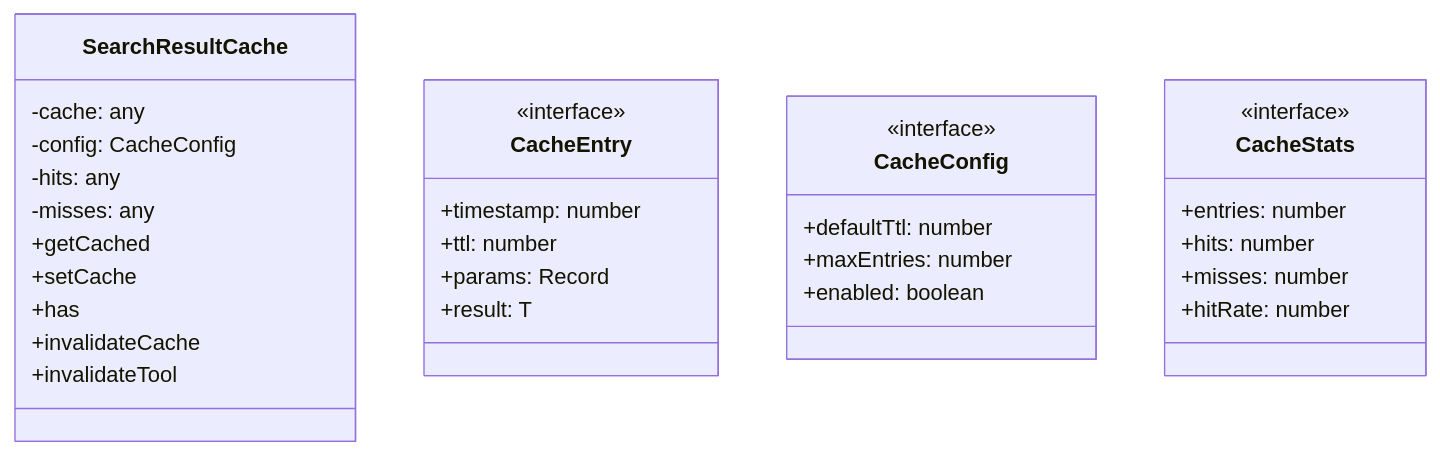
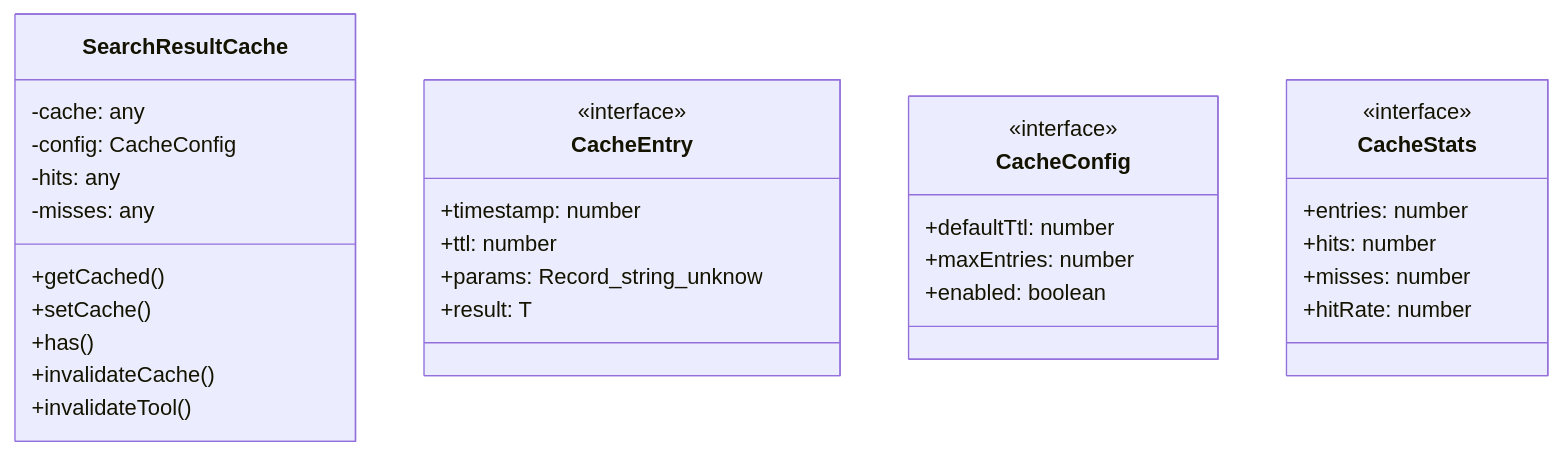
Before and after one commit to Mekann2904/mekann: the first of 3 diagrams in ABDD/.pi/extensions/search/utils/cache.md, drawn with Mermaid. The commit also changed other lines of this file and 174 other files, not shown here.

First line of the commit message:
fix(docs): ABDDのMermaid図生成エラーを修正する

````diff
--- a/ABDD/.pi/extensions/search/utils/cache.md
+++ b/ABDD/.pi/extensions/search/utils/cache.md
@@ -34,34 +34,34 @@
 ```mermaid
 classDiagram
   class SearchResultCache {
     -cache: any
     -config: CacheConfig
     -hits: any
     -misses: any
-    +getCached
-    +setCache
-    +has
-    +invalidateCache
-    +invalidateTool
+    +getCached()
+    +setCache()
+    +has()
+    +invalidateCache()
+    +invalidateTool()
   }
   class CacheEntry {
     <<interface>>
     +timestamp: number
     +ttl: number
-    +params: Record<stringunknown>
+    +params: Record_string_unknow
     +result: T
   }
   class CacheConfig {
     <<interface>>
     +defaultTtl: number
     +maxEntries: number
     +enabled: boolean
   }
   class CacheStats {
     <<interface>>
     +entries: number
     +hits: number
     +misses: number
     +hitRate: number
   }
 ```
````
